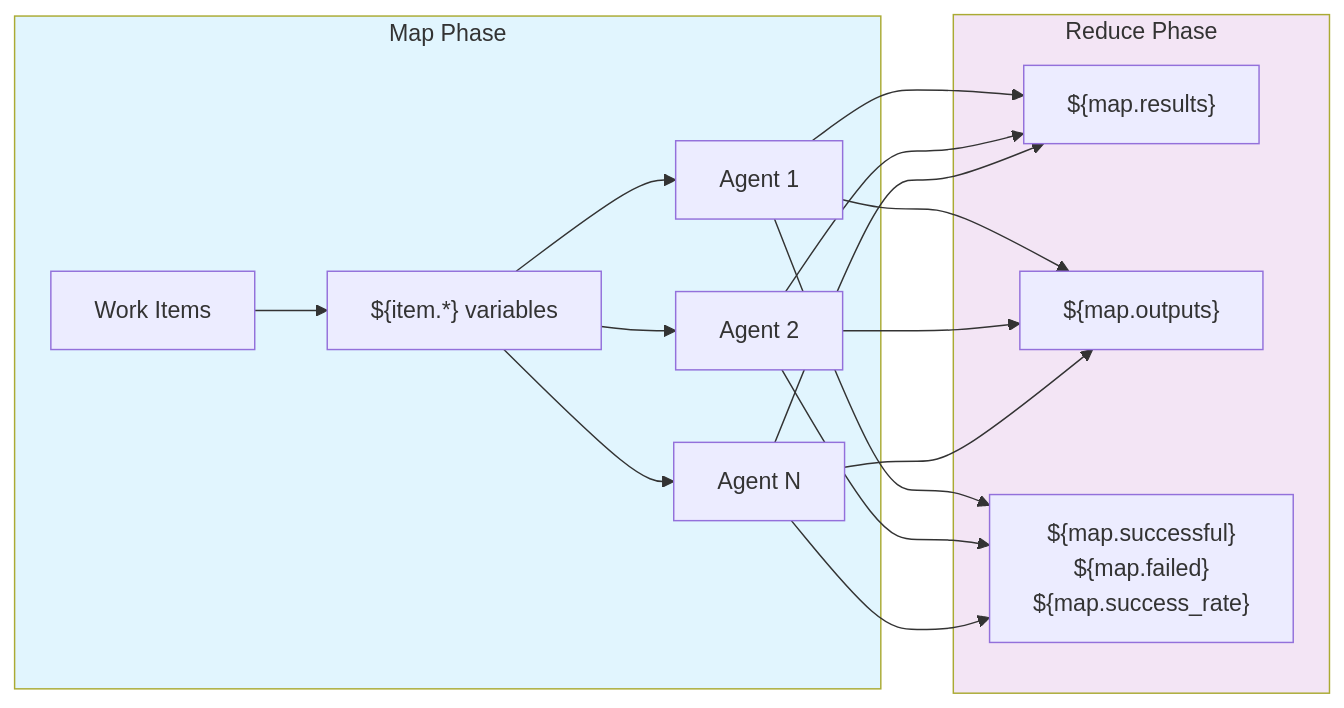
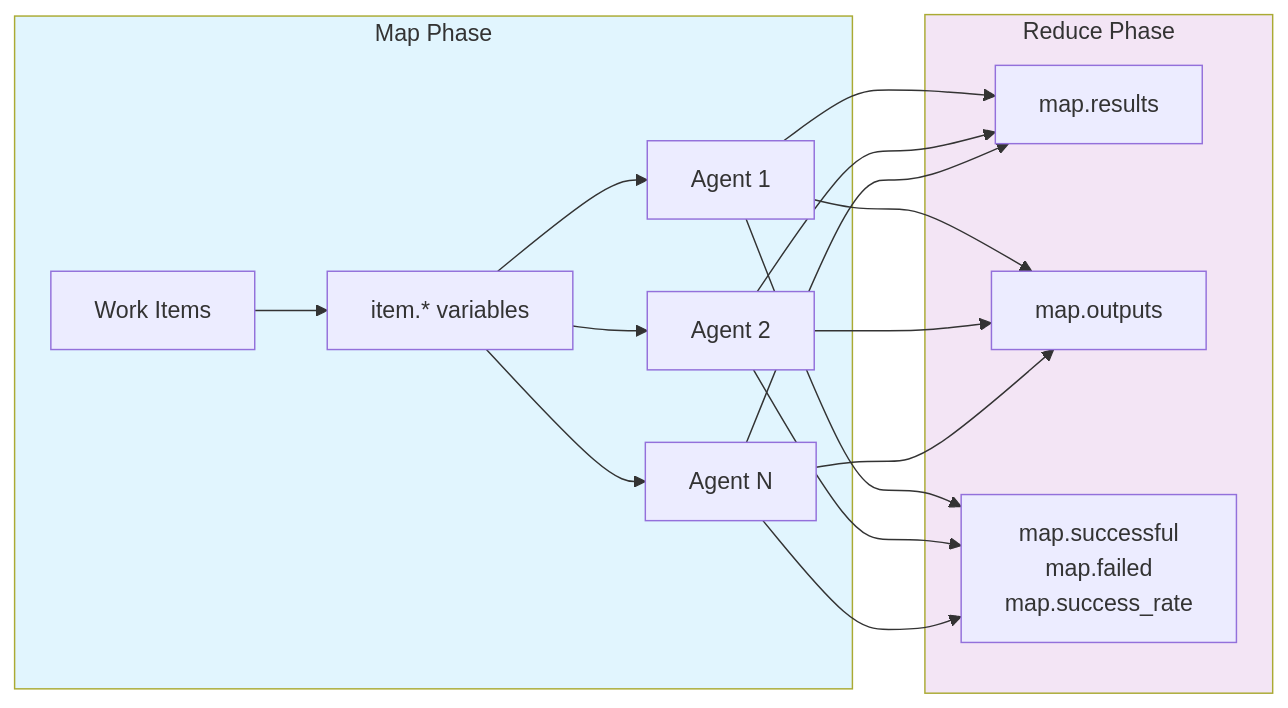
One commit to iepathos/prodigy changed the diagram in docs/variables/available-variables/mapreduce-variables.md. Above: the diagram before and after it, drawn with Mermaid. The commit also changed other lines of this file, not shown here.

Commit message:
docs: enhance 'mapreduce variables' with admonitions and diagram fixes
- Fix Mermaid diagram: remove HTML <br> tags, use proper multi-line syntax
- Add tip admonition for designing JSON with variable-friendly field names
- Add warning admonition about index bounds when accessing map.results[n]
- Add example admonition clarifying when to use jq for array processing

Page: docs/variables/available-variables/mapreduce-variables.md

````diff
--- a/docs/variables/available-variables/mapreduce-variables.md
+++ b/docs/variables/available-variables/mapreduce-variables.md
@@ -5,25 +5,27 @@
 ```mermaid
 flowchart LR
     subgraph Map["Map Phase"]
         I["Work Items"]
-        IV["${item.*} variables"]
+        IV["item.* variables"]
         A1["Agent 1"]
         A2["Agent 2"]
         AN["Agent N"]
     end
 
     subgraph Reduce["Reduce Phase"]
-        MR["${map.results}"]
-        MO["${map.outputs}"]
-        MS["${map.successful}<br>${map.failed}<br>${map.success_rate}"]
+        MR["map.results"]
+        MO["map.outputs"]
+        MS["map.successful
+        map.failed
+        map.success_rate"]
     end
 
     I --> IV
     IV --> A1 & A2 & AN
     A1 & A2 & AN --> MR
     A1 & A2 & AN --> MO
     A1 & A2 & AN --> MS
 
     style Map fill:#e1f5fe
     style Reduce fill:#f3e5f5
 ```
````
